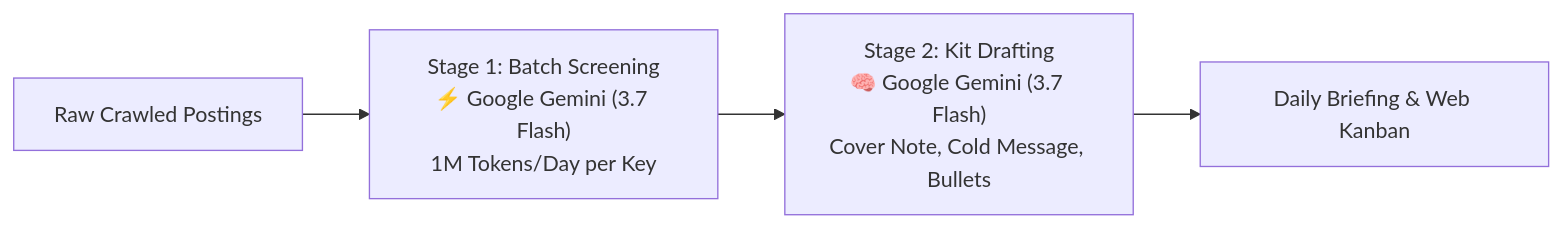
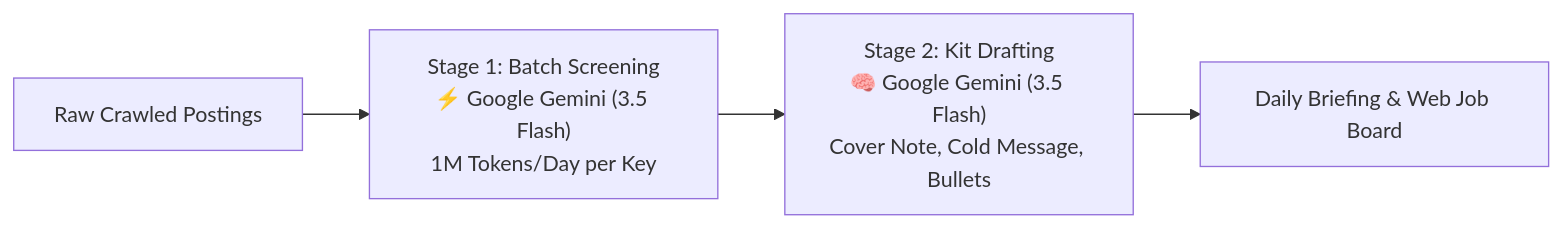
The diagram in README.md (tanish-jain-225/job-hunter), drawn with Mermaid before and after one commit. The commit also changed other lines of this file and 35 other files, not shown here.

````diff
--- a/README.md
+++ b/README.md
@@ -255,6 +255,6 @@
 ```mermaid
 flowchart LR
-    A["Raw Crawled Postings"] --> B["Stage 1: Batch Screening<br/>⚡ Google Gemini (3.7 Flash)<br/>1M Tokens/Day per Key"]
-    B --> C["Stage 2: Kit Drafting<br/>🧠 Google Gemini (3.7 Flash)<br/>Cover Note, Cold Message, Bullets"]
-    C --> D["Daily Briefing & Web Kanban"]
+    A["Raw Crawled Postings"] --> B["Stage 1: Batch Screening<br/>⚡ Google Gemini (3.5 Flash)<br/>1M Tokens/Day per Key"]
+    B --> C["Stage 2: Kit Drafting<br/>🧠 Google Gemini (3.5 Flash)<br/>Cover Note, Cold Message, Bullets"]
+    C --> D["Daily Briefing & Web Job Board"]
 ```
````
